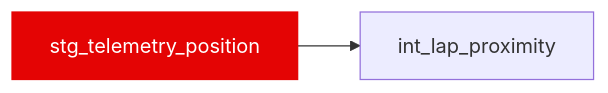
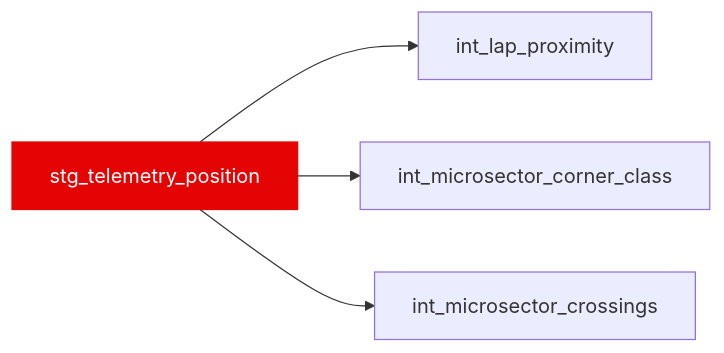
Before and after one commit to JustinClarke/off-the-pace: the diagram in docs/reference/models/stg/stg_telemetry_position.mdx, drawn with Mermaid. The commit also changed other lines of this file and 286 other files, not shown here.

````diff
--- a/docs/reference/models/stg/stg_telemetry_position.mdx
+++ b/docs/reference/models/stg/stg_telemetry_position.mdx
@@ -16,5 +16,7 @@
 ```mermaid
 flowchart LR
   stg_telemetry_position --> int_lap_proximity
+  stg_telemetry_position --> int_microsector_corner_class
+  stg_telemetry_position --> int_microsector_crossings
   style stg_telemetry_position fill:#e40404,stroke:#e40404,color:#fff
 ```
````
